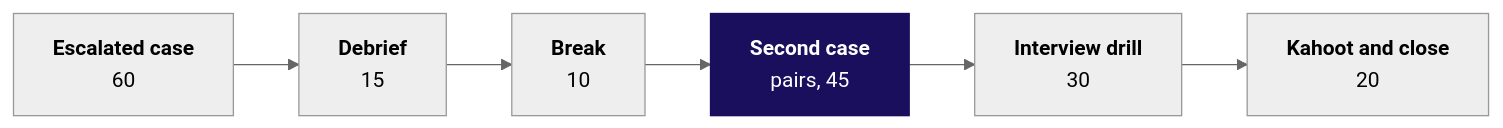
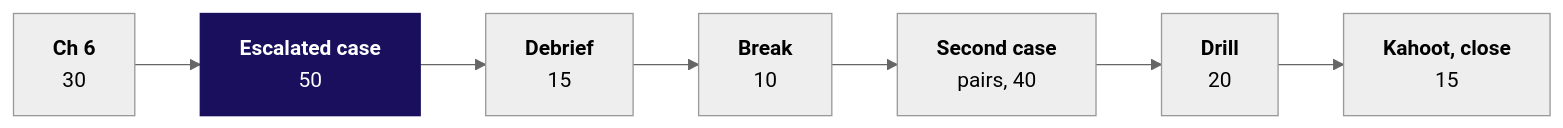
Before and after one commit to fde-academy-lab/c2-content-factory: the second of 2 diagrams in content/W02/D4/trainer/C2_W02_D04_day_sheet_TRAINER.md, drawn with Mermaid (neutral theme). The commit also changed other lines of this file and 9 other files, not shown here.

````diff
--- a/content/W02/D4/trainer/C2_W02_D04_day_sheet_TRAINER.md
+++ b/content/W02/D4/trainer/C2_W02_D04_day_sheet_TRAINER.md
@@ -58,6 +82,6 @@
 ```mermaid
 flowchart LR
-    E["<b>Escalated case</b><br/>60"] --> D["<b>Debrief</b><br/>15"] --> B["<b>Break</b><br/>10"] --> S["<b>Second case</b><br/>pairs, 45"] --> I["<b>Interview drill</b><br/>30"] --> K["<b>Kahoot and close</b><br/>20"]
+    C6["<b>Ch 6</b><br/>30"] --> E["<b>Escalated case</b><br/>50"] --> D["<b>Debrief</b><br/>15"] --> B["<b>Break</b><br/>10"] --> S["<b>Second case</b><br/>pairs, 40"] --> I["<b>Drill</b><br/>20"] --> K["<b>Kahoot, close</b><br/>15"]
     classDef core fill:#1A0F5C,stroke:#1A0F5C,color:#FFFFFF
-    class S core
+    class E core
 ```
````
